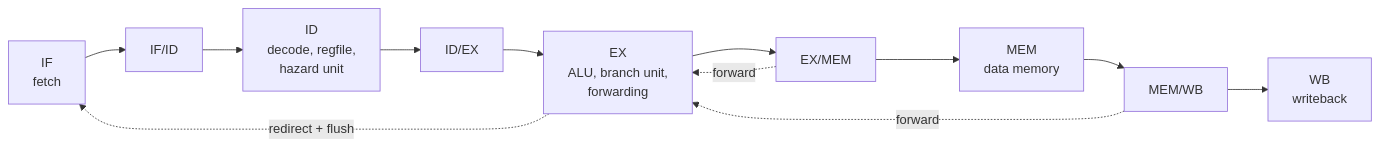
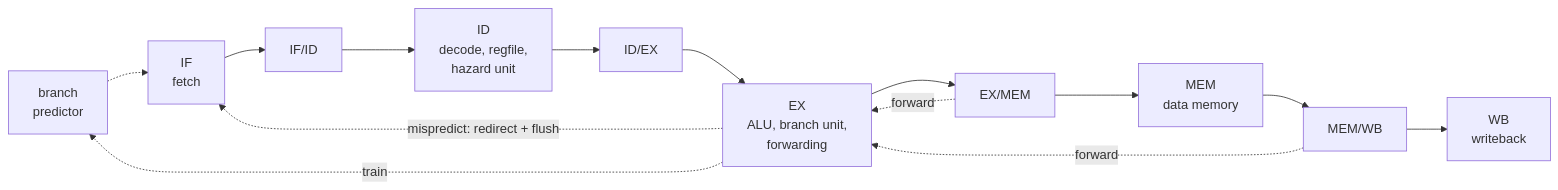
The diagram in README.md (Madhav140807/riscv-pipelined-cpu), drawn with Mermaid before and after one commit. The commit also changed other lines of this file, not shown here.

Commit message:
Document branch prediction results in README

````diff
--- a/README.md
+++ b/README.md
@@ -21,14 +22,16 @@
 ```mermaid
 flowchart LR
+    BP[branch<br/>predictor] -.-> IF
     IF[IF<br/>fetch] --> R1[IF/ID]
     R1 --> ID[ID<br/>decode, regfile,<br/>hazard unit]
     ID --> R2[ID/EX]
     R2 --> EX[EX<br/>ALU, branch unit,<br/>forwarding]
     EX --> R3[EX/MEM]
     R3 --> MEM[MEM<br/>data memory]
     MEM --> R4[MEM/WB]
     R4 --> WB[WB<br/>writeback]
     R3 -. forward .-> EX
     R4 -. forward .-> EX
-    EX -. redirect + flush .-> IF
+    EX -. mispredict: redirect + flush .-> IF
+    EX -. train .-> BP
 ```
````
